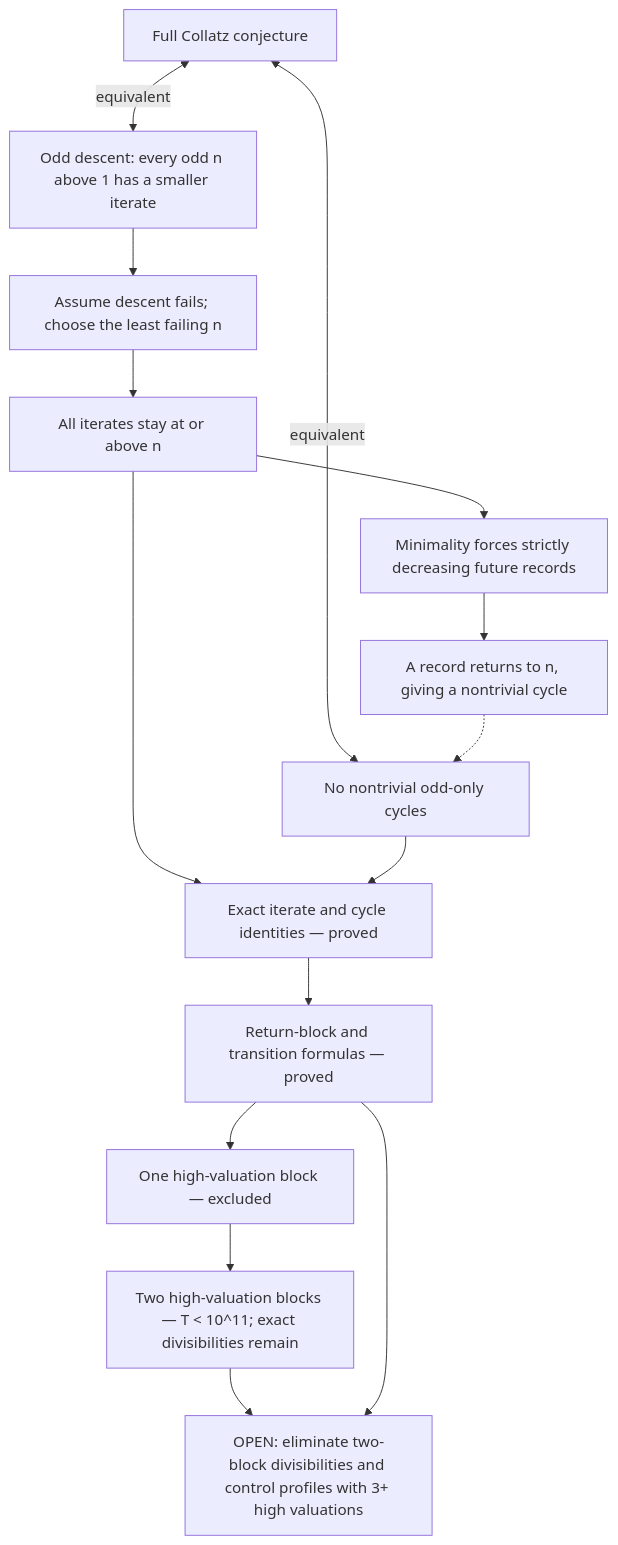
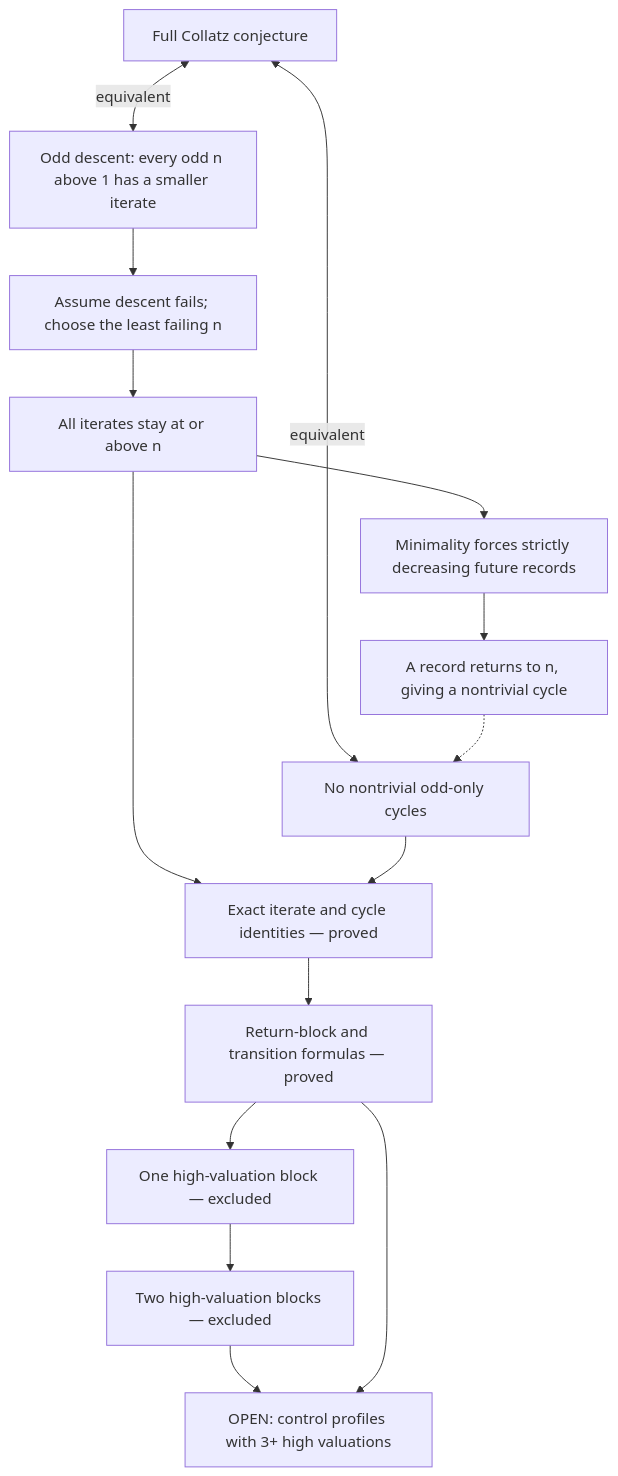
One commit to bassnicole1026-pixel/uctproject changed the diagram in ROADMAP.md. Above: the diagram before and after it, drawn with Mermaid. The commit also changed other lines of this file and 1 other file, not shown here.

Commit message:
Exclude two-high-block Collatz cycles

````diff
--- a/ROADMAP.md
+++ b/ROADMAP.md
@@ -1131,17 +1230,17 @@
 ```mermaid
 flowchart TD
     C["Full Collatz conjecture"] <-->|equivalent| D["Odd descent: every odd n above 1 has a smaller iterate"]
     C <-->|equivalent| Q["No nontrivial odd-only cycles"]
     D --> H["Assume descent fails; choose the least failing n"]
     H --> N["All iterates stay at or above n"]
     N --> R["Minimality forces strictly decreasing future records"]
     R --> Y["A record returns to n, giving a nontrivial cycle"]
     Y -.-> Q
     N --> I["Exact iterate and cycle identities — proved"]
     Q --> I
     I --> B["Return-block and transition formulas — proved"]
     B --> H1["One high-valuation block — excluded"]
-    H1 --> H2["Two high-valuation blocks — T < 10^11; exact divisibilities remain"]
-    H2 --> O["OPEN: eliminate two-block divisibilities and control profiles with 3+ high valuations"]
+    H1 --> H2["Two high-valuation blocks — excluded"]
+    H2 --> O["OPEN: control profiles with 3+ high valuations"]
     B --> O
 ```
````
